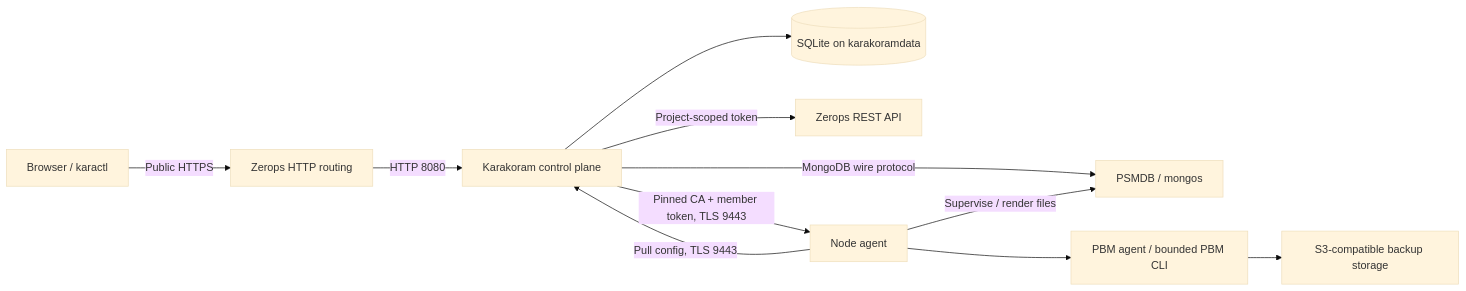
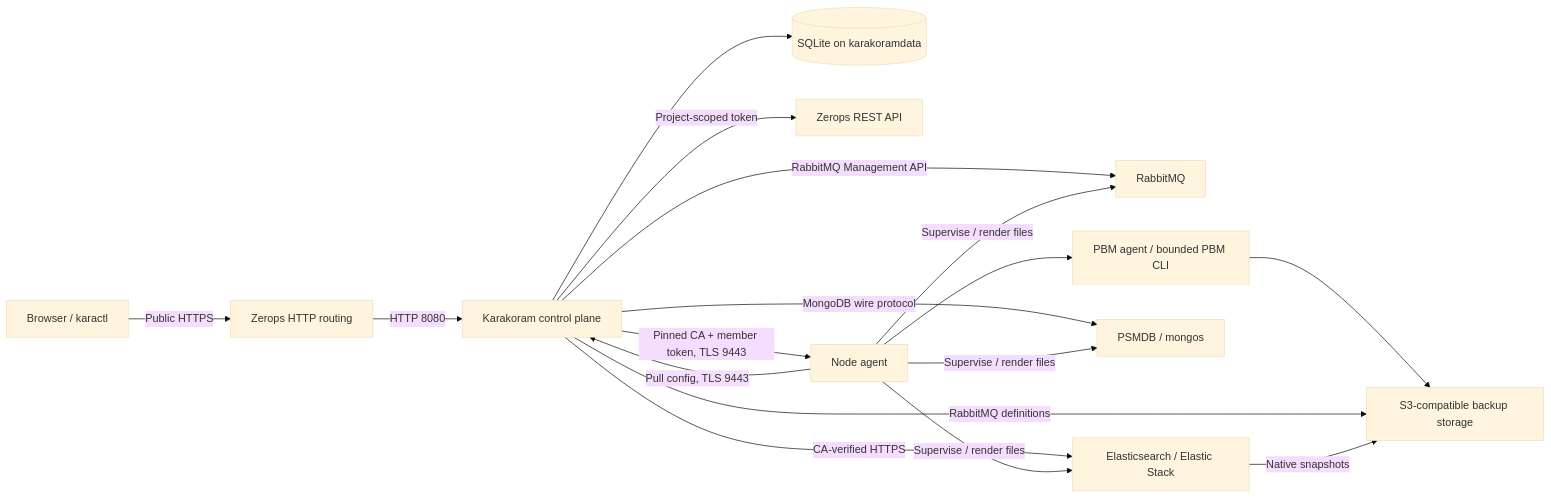
The first of 2 diagrams in docs/architecture.md (KarakoramDev/Karakoram), drawn with Mermaid (base theme) before and after one commit. The commit also changed other lines of this file and 7 other files, not shown here.

````diff
--- a/docs/architecture.md
+++ b/docs/architecture.md
@@ -9,13 +9,19 @@
 ```mermaid
 flowchart LR
   Browser[Browser / karactl] -->|Public HTTPS| L7[Zerops HTTP routing]
   L7 -->|HTTP 8080| CP[Karakoram control plane]
   CP --> DB[(SQLite on karakoramdata)]
   CP -->|Project-scoped token| Z[Zerops REST API]
+  CP -->|RabbitMQ Management API| R[RabbitMQ]
+  CP -->|CA-verified HTTPS| E[Elasticsearch / Elastic Stack]
   CP -->|MongoDB wire protocol| M[PSMDB / mongos]
   CP -->|Pinned CA + member token, TLS 9443| A[Node agent]
   A -->|Pull config, TLS 9443| CP
   A -->|Supervise / render files| M
+  A -->|Supervise / render files| R
+  A -->|Supervise / render files| E
   A --> P[PBM agent / bounded PBM CLI]
   P --> S[S3-compatible backup storage]
+  CP -->|RabbitMQ definitions| S
+  E -->|Native snapshots| S
 ```
````
